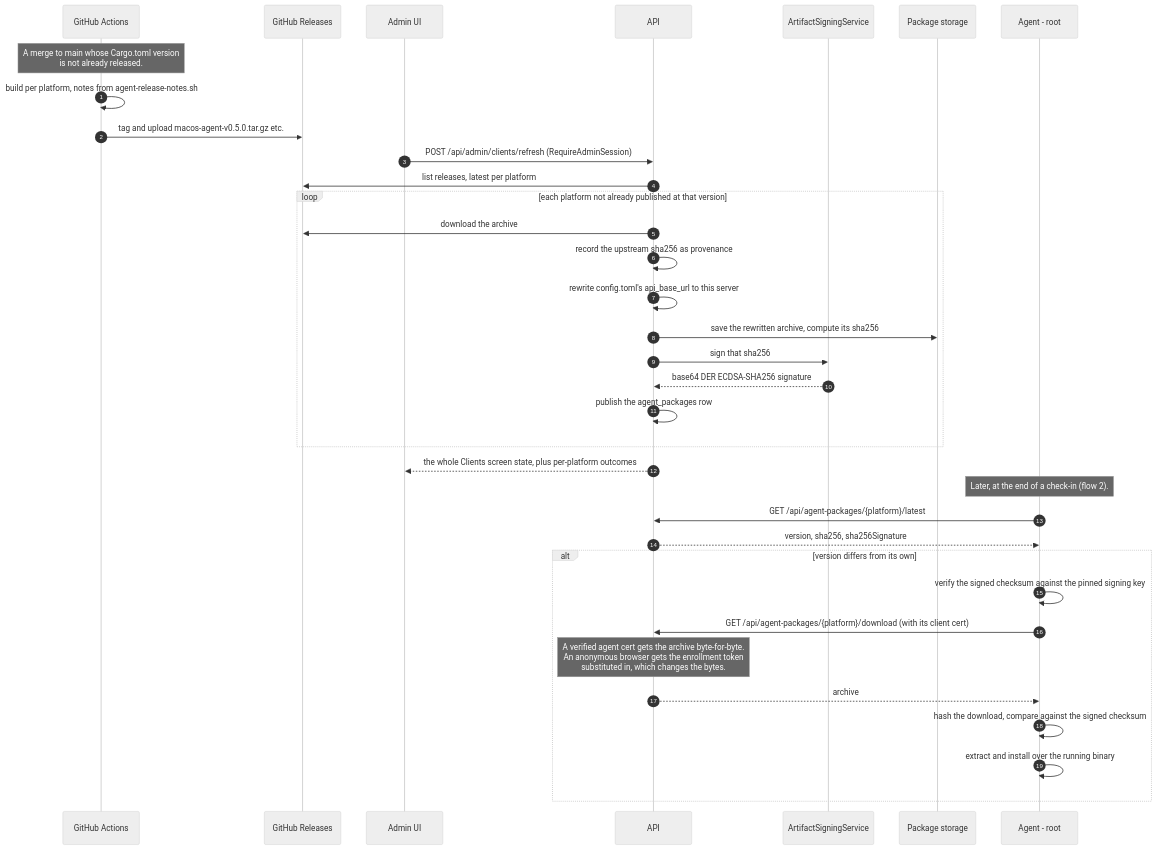
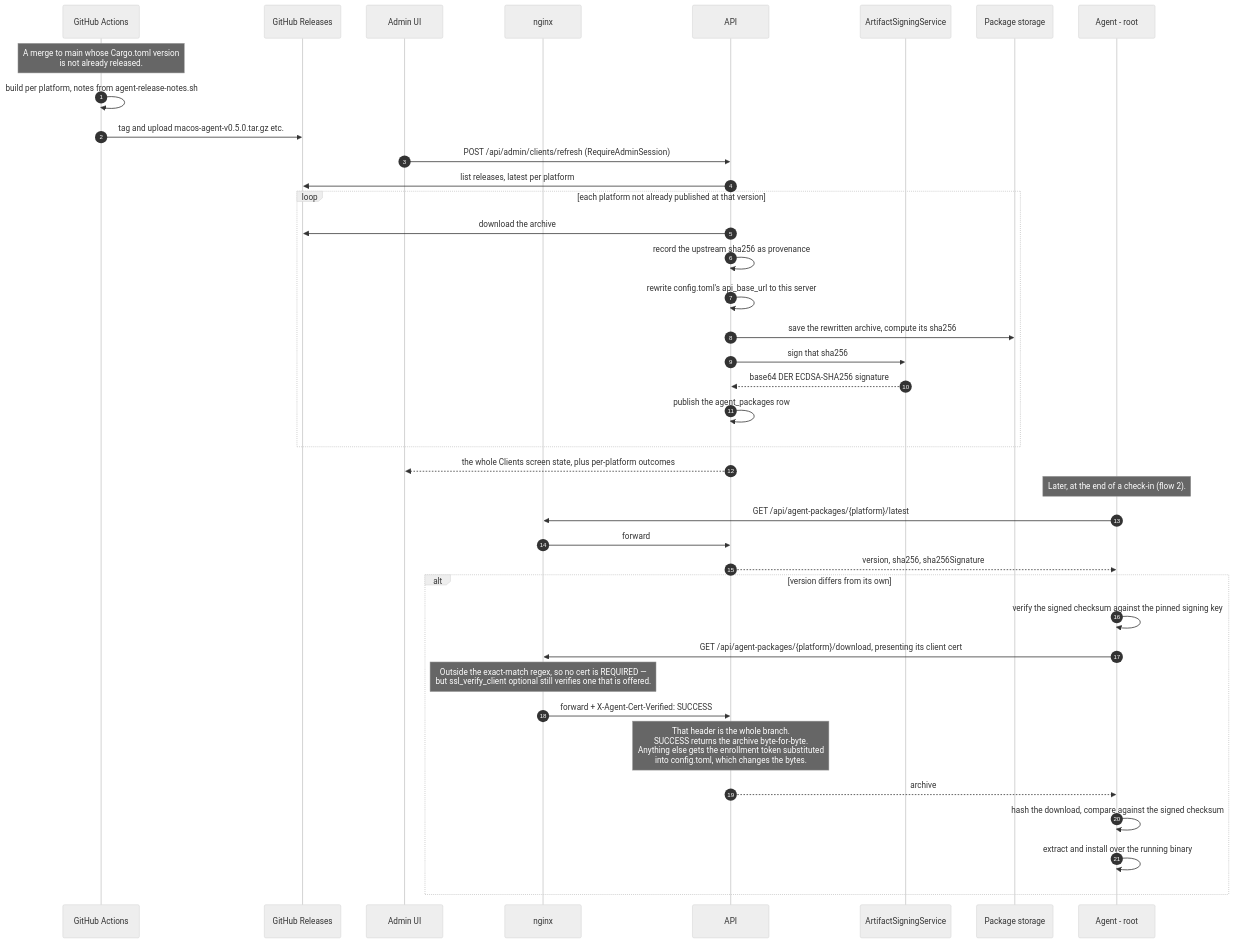
The fourth of 9 diagrams in ARCHITECTURE.md (hobleyd/kintsugi), drawn with Mermaid (neutral theme) before and after one commit. The commit also changed other lines of this file and 1 other file, not shown here.

First paragraph of the commit message:
Put nginx back in the self-update flow, and point at the diagrams from CLAUDE.md
Three corrections to what shipped in 29d4dcc.

````diff
--- a/ARCHITECTURE.md
+++ b/ARCHITECTURE.md
@@ -236,40 +236,44 @@
 ```mermaid
 sequenceDiagram
     autonumber
     participant Ci as GitHub Actions
     participant Gh as GitHub Releases
     participant Ui as Admin UI
+    participant Nginx as nginx
     participant Api as API
     participant Sign as ArtifactSigningService
     participant Store as Package storage
     participant Agent as Agent - root
 
     Note over Ci: A merge to main whose Cargo.toml version<br/>is not already released.
     Ci->>Ci: build per platform, notes from agent-release-notes.sh
     Ci->>Gh: tag and upload macos-agent-v0.5.0.tar.gz etc.
 
     Ui->>Api: POST /api/admin/clients/refresh (RequireAdminSession)
     Api->>Gh: list releases, latest per platform
     loop each platform not already published at that version
         Api->>Gh: download the archive
         Api->>Api: record the upstream sha256 as provenance
         Api->>Api: rewrite config.toml's api_base_url to this server
         Api->>Store: save the rewritten archive, compute its sha256
         Api->>Sign: sign that sha256
         Sign-->>Api: base64 DER ECDSA-SHA256 signature
         Api->>Api: publish the agent_packages row
     end
     Api-->>Ui: the whole Clients screen state, plus per-platform outcomes
 
     Note over Agent: Later, at the end of a check-in (flow 2).
-    Agent->>Api: GET /api/agent-packages/{platform}/latest
+    Agent->>Nginx: GET /api/agent-packages/{platform}/latest
+    Nginx->>Api: forward
     Api-->>Agent: version, sha256, sha256Signature
     alt version differs from its own
         Agent->>Agent: verify the signed checksum against the pinned signing key
-        Agent->>Api: GET /api/agent-packages/{platform}/download (with its client cert)
-        Note over Api: A verified agent cert gets the archive byte-for-byte.<br/>An anonymous browser gets the enrollment token<br/>substituted in, which changes the bytes.
+        Agent->>Nginx: GET /api/agent-packages/{platform}/download, presenting its client cert
+        Note over Nginx: Outside the exact-match regex, so no cert is REQUIRED —<br/>but ssl_verify_client optional still verifies one that is offered.
+        Nginx->>Api: forward + X-Agent-Cert-Verified: SUCCESS
+        Note over Api: That header is the whole branch.<br/>SUCCESS returns the archive byte-for-byte.<br/>Anything else gets the enrollment token substituted<br/>into config.toml, which changes the bytes.
         Api-->>Agent: archive
         Agent->>Agent: hash the download, compare against the signed checksum
         Agent->>Agent: extract and install over the running binary
     end
 ```
````
